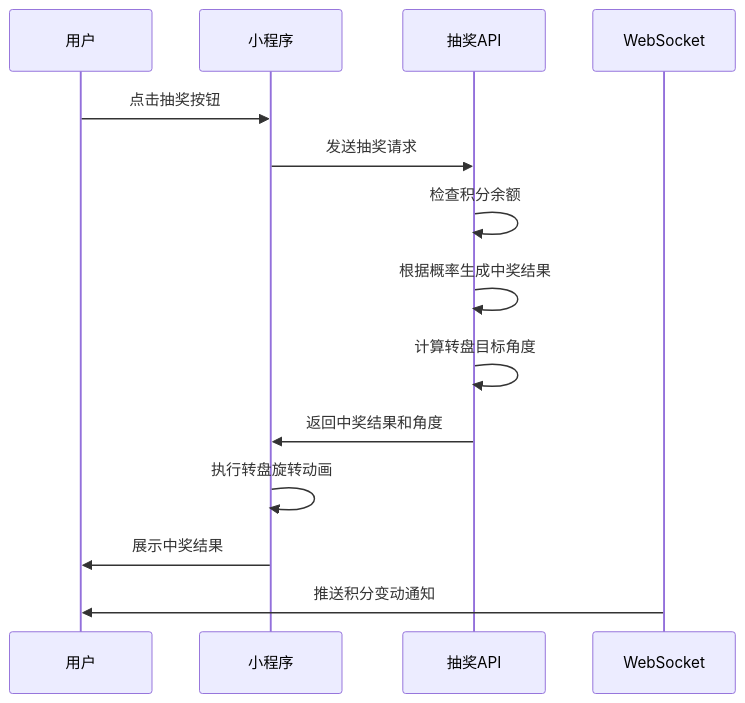
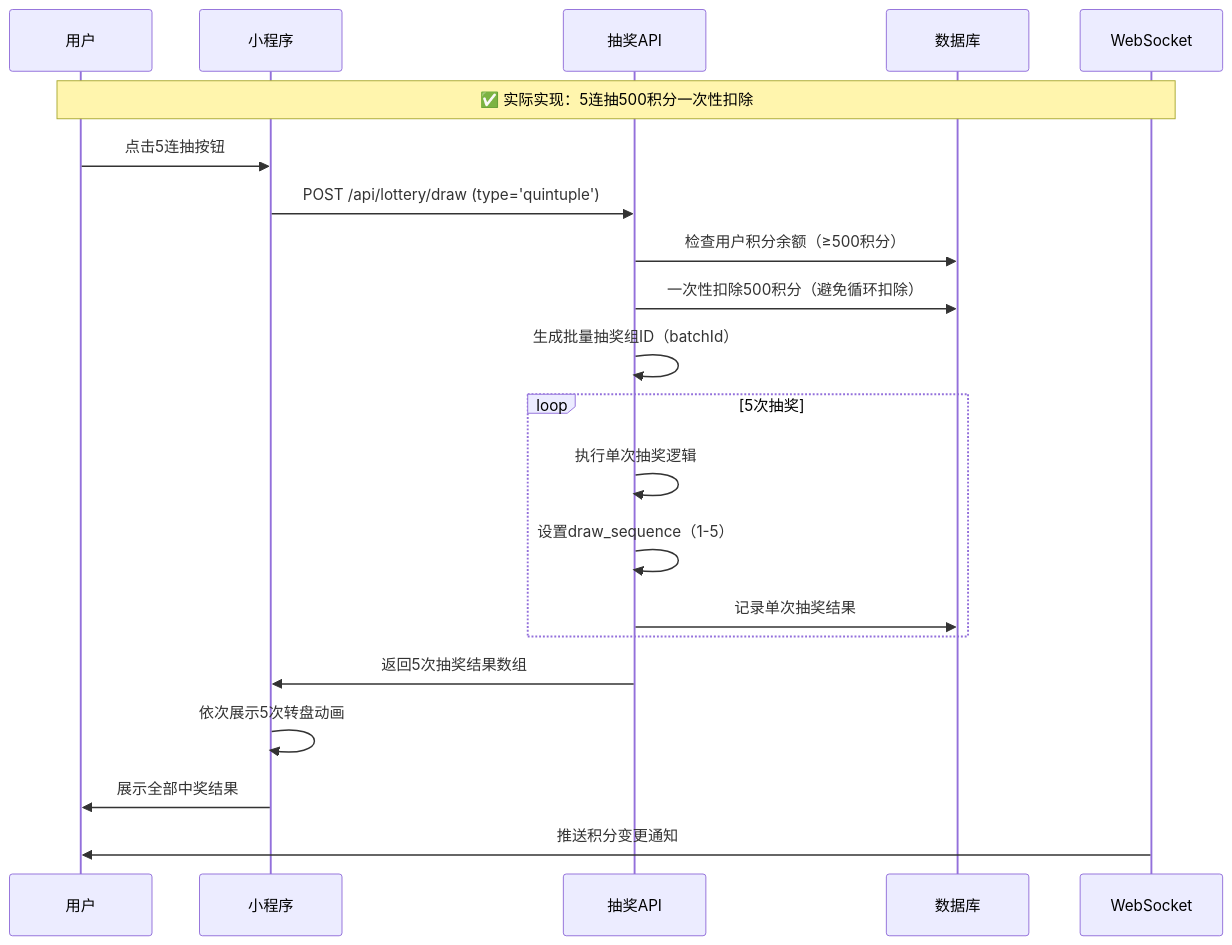
The fourth of 11 diagrams in 产品功能结构描述.md (qwerasdf659/tiangonghouduan), drawn with Mermaid before and after one commit. The commit also changed other lines of this file and 12 other files, not shown here.

````diff
--- a/产品功能结构描述.md
+++ b/产品功能结构描述.md
@@ -255,17 +168,26 @@
 ```mermaid
 sequenceDiagram
     participant U as 用户
     participant S as 小程序
     participant API as 抽奖API
+    participant DB as 数据库
     participant WS as WebSocket
     
-    U->>S: 点击抽奖按钮
-    S->>API: 发送抽奖请求
-    API->>API: 检查积分余额
-    API->>API: 根据概率生成中奖结果
-    API->>API: 计算转盘目标角度
-    API->>S: 返回中奖结果和角度
-    S->>S: 执行转盘旋转动画
-    S->>U: 展示中奖结果
-    WS->>U: 推送积分变动通知
+    Note over U,WS: ✅ 实际实现：5连抽500积分一次性扣除
+    U->>S: 点击5连抽按钮
+    S->>API: POST /api/lottery/draw (type='quintuple')
+    API->>DB: 检查用户积分余额（≥500积分）
+    API->>DB: 一次性扣除500积分（避免循环扣除）
+    API->>API: 生成批量抽奖组ID（batchId）
+    
+    loop 5次抽奖
+        API->>API: 执行单次抽奖逻辑
+        API->>API: 设置draw_sequence（1-5）
+        API->>DB: 记录单次抽奖结果
+    end
+    
+    API->>S: 返回5次抽奖结果数组
+    S->>S: 依次展示5次转盘动画
+    S->>U: 展示全部中奖结果
+    WS->>U: 推送积分变更通知
 ```
````
